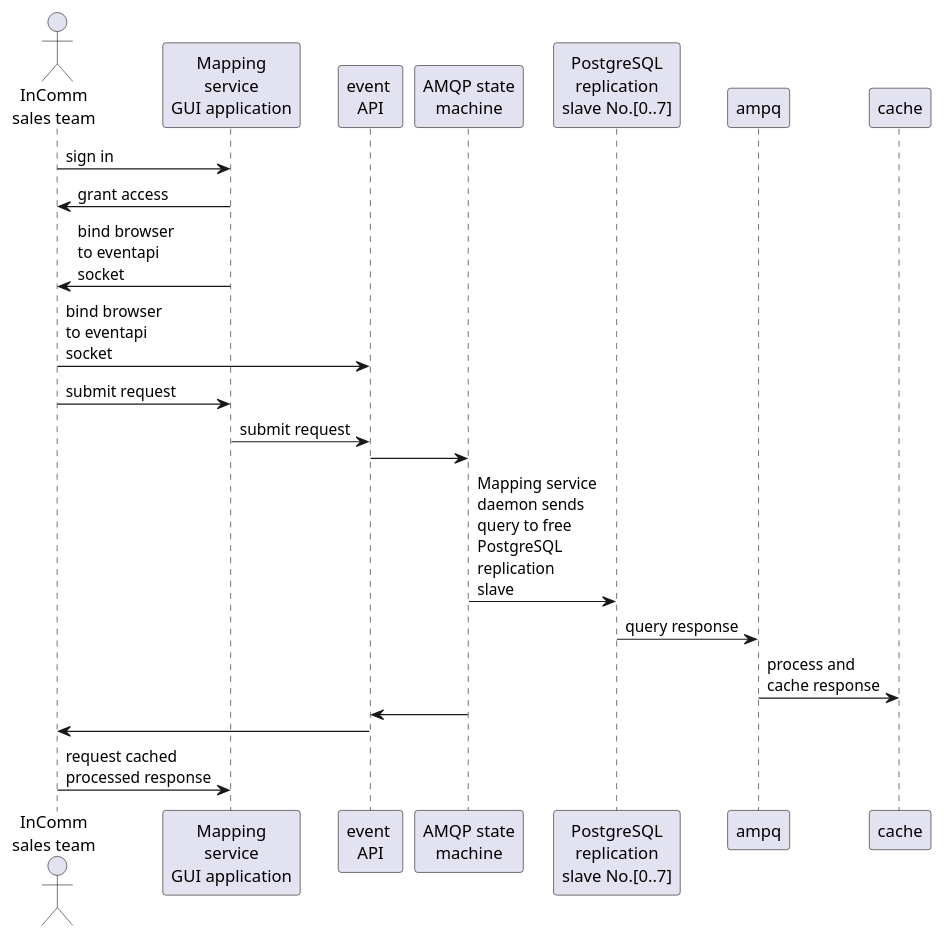
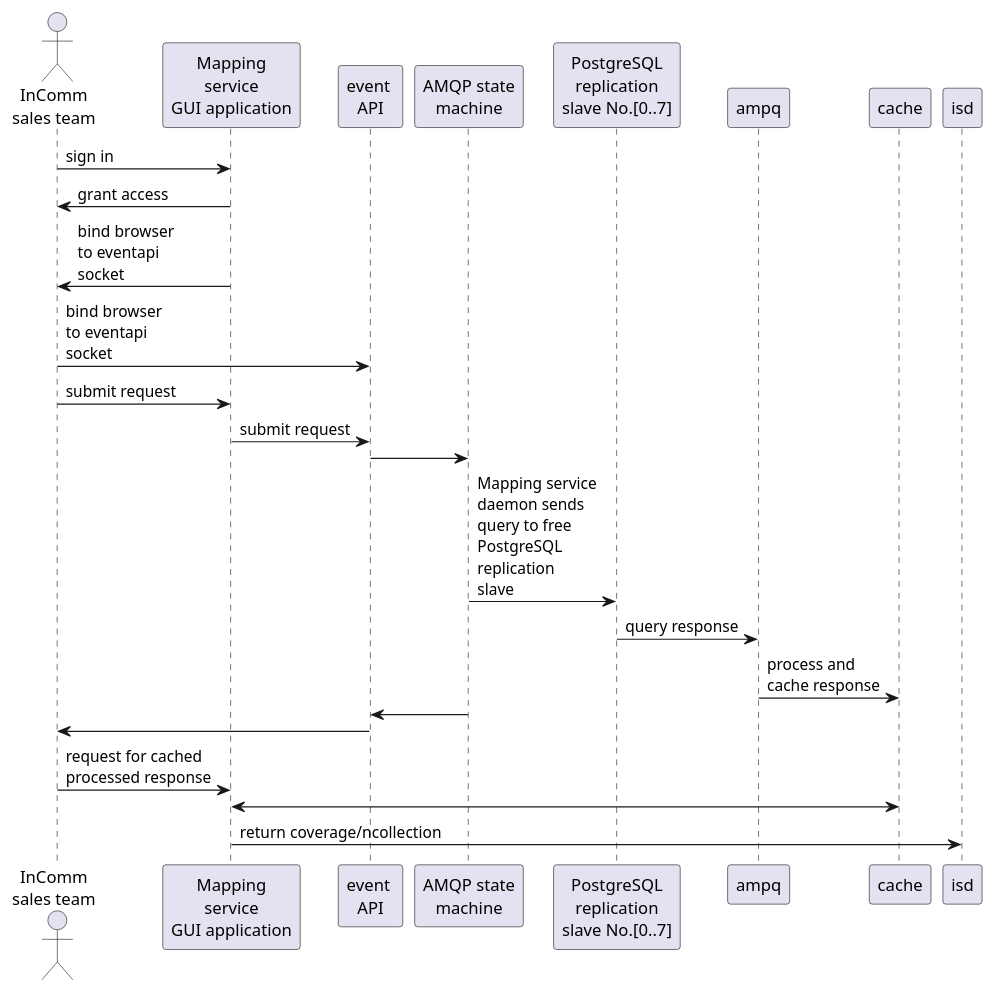
One commit to PapevisO/1Hg5IooAWCmCGQu04cXAuevjFTeV6tdikA9oQmbwfD5k changed the third of 3 diagrams in diagram.puml. Above: the diagram before and after it, drawn with PlantUML.

```diff
--- a/diagram.puml
+++ b/diagram.puml
@@ -40,23 +40,25 @@
 @startuml
 
 actor "InComm\nsales team" as ist
 participant "Mapping\nservice\nGUI application" as msapp
 participant "event \nAPI" as eapi
 participant "AMQP state\nmachine" as amqp
 participant "PostgreSQL\nreplication\nslave No.[0..7]" as pgs
 
 ist -> msapp: sign in
 msapp -> ist: grant access
 msapp -> ist: bind browser\nto eventapi\nsocket
 ist -> eapi: bind browser\nto eventapi\nsocket
 ist -> msapp: submit request
 msapp -> eapi: submit request
 eapi -> amqp
 amqp -> pgs: Mapping service\ndaemon sends\nquery to free\nPostgreSQL\nreplication\nslave
 pgs -> ampq: query response
 ampq -> cache: process and\ncache response
 amqp -> eapi
 eapi -> ist
-ist -> msapp: request cached\nprocessed response
+ist -> msapp: request for cached\nprocessed response
+msapp <-> cache
+msapp -> isd: return coverage/ncollection
 
 @enduml
```
